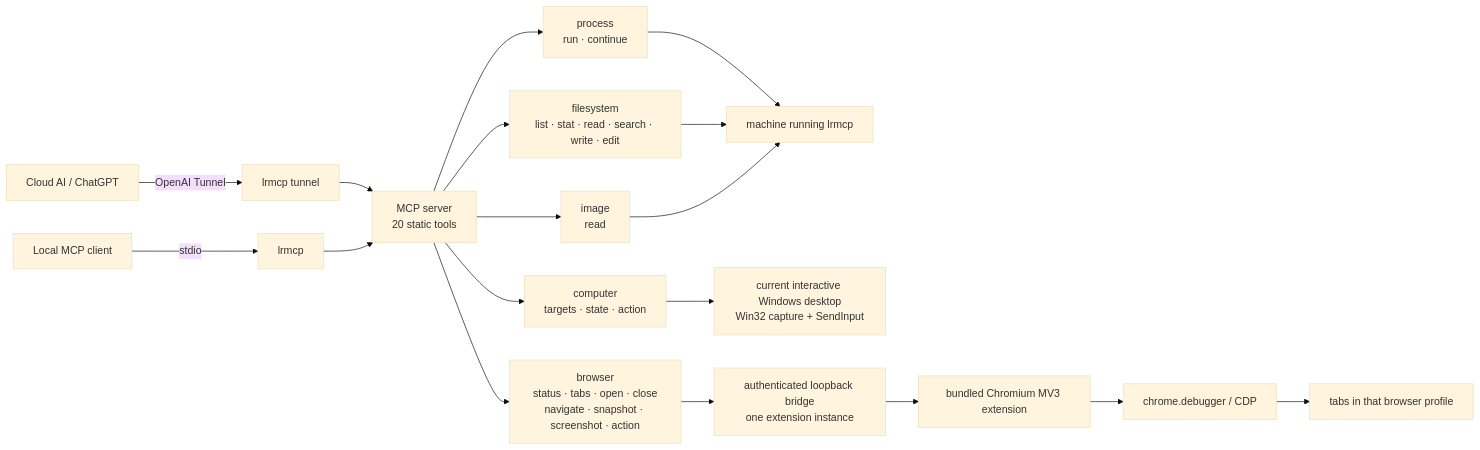
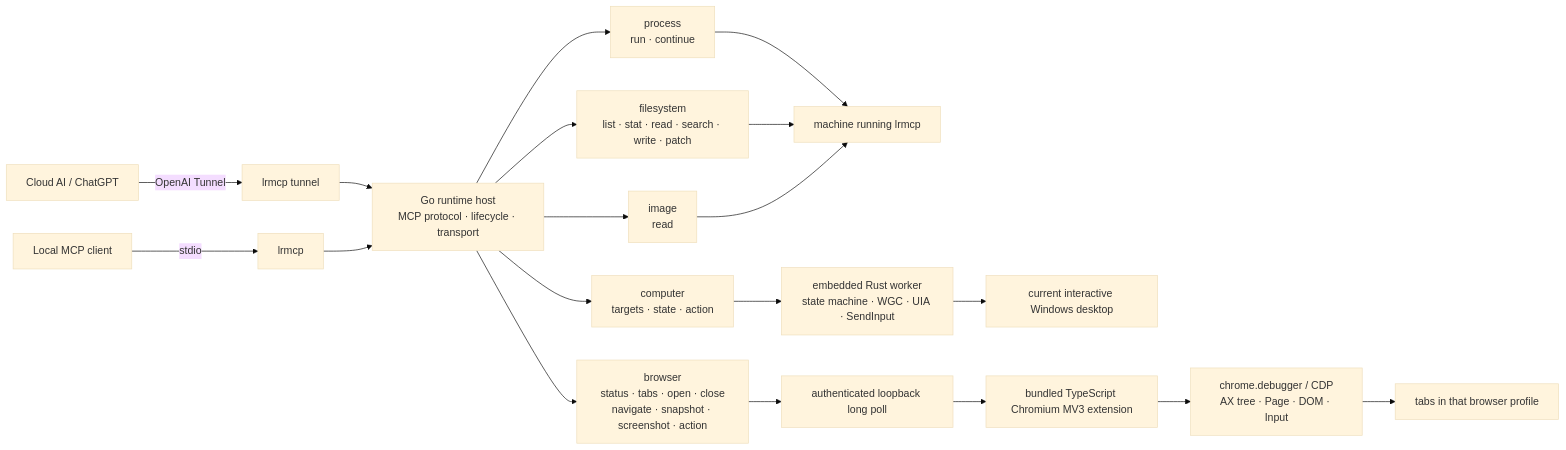
Before and after one commit to hicancan/local-runtime-mcp: the first of 6 diagrams in README.md, drawn with Mermaid (base theme). The commit also changed other lines of this file and 39 other files, not shown here.

Commit message:
refactor: converge v6 machine runtime architecture

````diff
--- a/README.md
+++ b/README.md
@@ -9,25 +9,26 @@
 ```mermaid
 flowchart LR
     Cloud["Cloud AI / ChatGPT"] -->|"OpenAI Tunnel"| Tunnel["lrmcp tunnel"]
-    Client["Local MCP client"] -->|"stdio"| Stdio["lrmcp"]
+    Client["Local MCP client"] -->|"stdio"| Serve["lrmcp"]
 
-    Tunnel --> MCP["MCP server\n20 static tools"]
-    Stdio --> MCP
+    Tunnel --> MCP["Go runtime host\nMCP protocol · lifecycle · transport"]
+    Serve --> MCP
 
     MCP --> Process["process\nrun · continue"]
-    MCP --> Filesystem["filesystem\nlist · stat · read · search · write · edit"]
+    MCP --> Filesystem["filesystem\nlist · stat · read · search · write · patch"]
     MCP --> Image["image\nread"]
     MCP --> Computer["computer\ntargets · state · action"]
     MCP --> Browser["browser\nstatus · tabs · open · close\nnavigate · snapshot · screenshot · action"]
 
     Process --> Machine["machine running lrmcp"]
     Filesystem --> Machine
     Image --> Machine
 
-    Computer --> Desktop["current interactive Windows desktop\nWin32 capture + SendInput"]
+    Computer --> Worker["embedded Rust worker\nstate machine · WGC · UIA · SendInput"]
+    Worker --> Desktop["current interactive Windows desktop"]
 
-    Browser --> Bridge["authenticated loopback bridge\none extension instance"]
-    Bridge --> Extension["bundled Chromium MV3 extension"]
-    Extension --> CDP["chrome.debugger / CDP"]
+    Browser --> Bridge["authenticated loopback long poll"]
+    Bridge --> Extension["bundled TypeScript Chromium MV3 extension"]
+    Extension --> CDP["chrome.debugger / CDP\nAX tree · Page · DOM · Input"]
     CDP --> Profile["tabs in that browser profile"]
 ```
````
